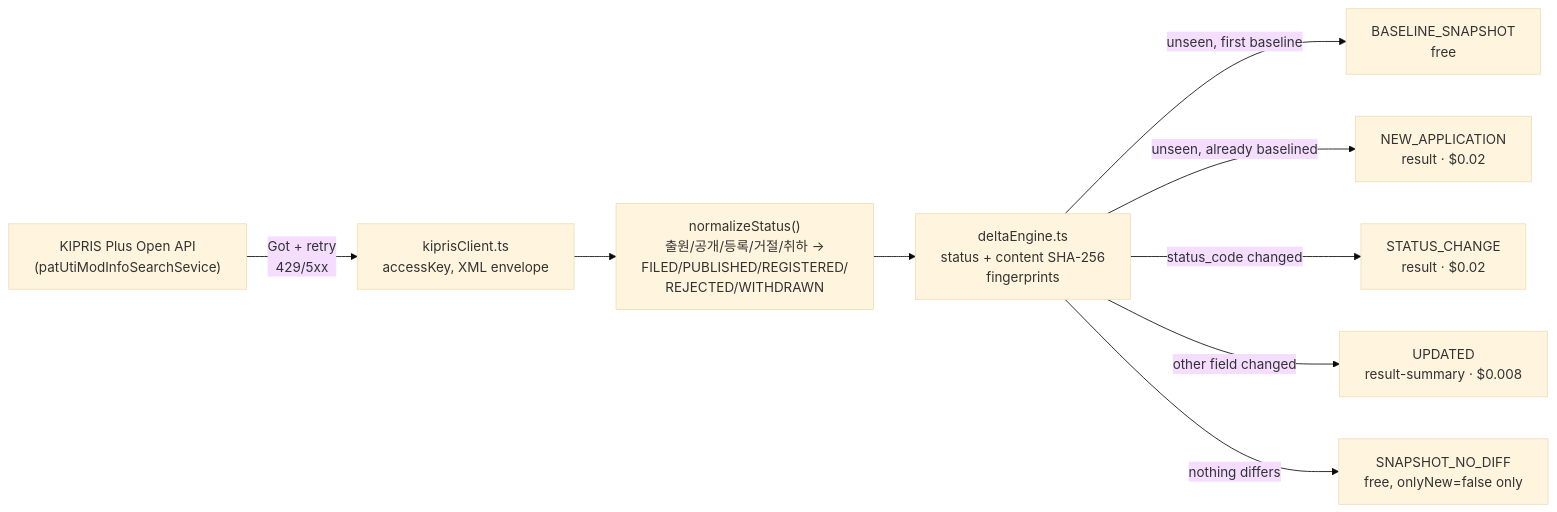
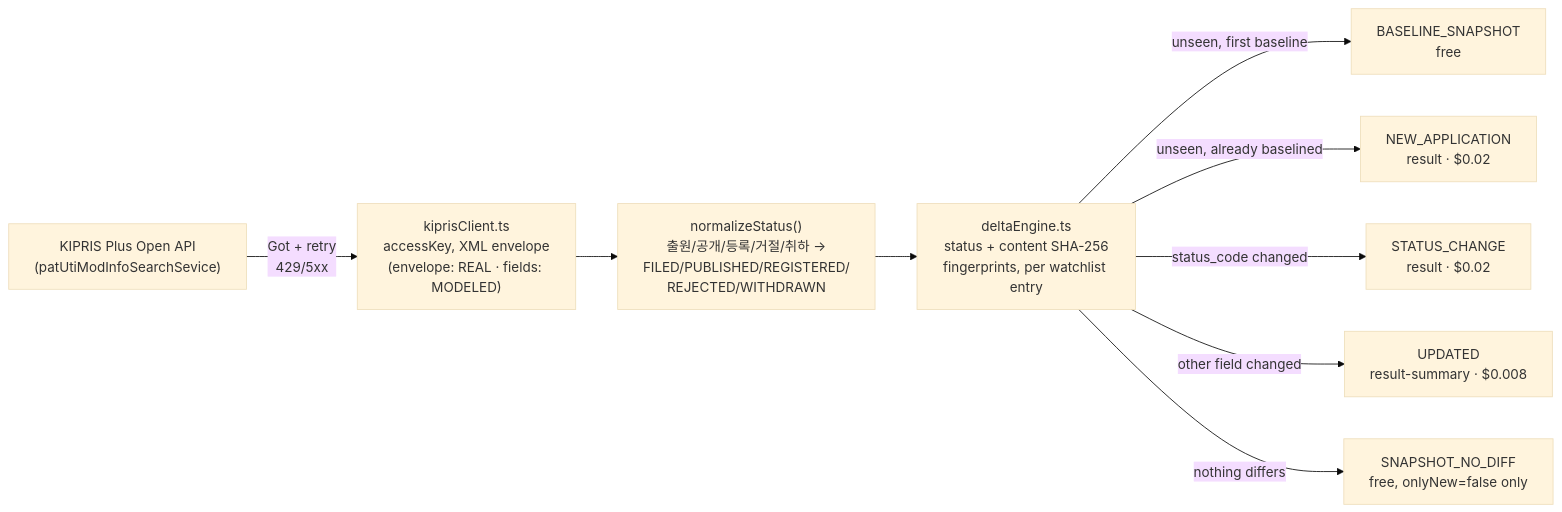
The diagram in README.md (stefanoseggio/kipris-patent-trademark-status-monitor), drawn with Mermaid (base theme) before and after one commit. The commit also changed other lines of this file, not shown here.

First line of the commit message:
docs(readme): merge Store disclosure content with GitHub quickstart into one canonical README

````diff
--- a/README.md
+++ b/README.md
@@ -28,11 +33,11 @@
 ```mermaid
 flowchart LR
-    A["KIPRIS Plus Open API\n(patUtiModInfoSearchSevice)"] -->|"Got + retry\n429/5xx"| B["kiprisClient.ts\naccessKey, XML envelope"]
+    A["KIPRIS Plus Open API\n(patUtiModInfoSearchSevice)"] -->|"Got + retry\n429/5xx"| B["kiprisClient.ts\naccessKey, XML envelope\n(envelope: REAL · fields: MODELED)"]
     B --> C["normalizeStatus()\n출원/공개/등록/거절/취하 →\nFILED/PUBLISHED/REGISTERED/\nREJECTED/WITHDRAWN"]
-    C --> D["deltaEngine.ts\nstatus + content SHA-256\nfingerprints"]
+    C --> D["deltaEngine.ts\nstatus + content SHA-256\nfingerprints, per watchlist entry"]
     D -->|"unseen, first baseline"| E["BASELINE_SNAPSHOT\nfree"]
     D -->|"unseen, already baselined"| F["NEW_APPLICATION\nresult · $0.02"]
     D -->|"status_code changed"| G["STATUS_CHANGE\nresult · $0.02"]
     D -->|"other field changed"| H["UPDATED\nresult-summary · $0.008"]
     D -->|"nothing differs"| I["SNAPSHOT_NO_DIFF\nfree, onlyNew=false only"]
 ```
````
